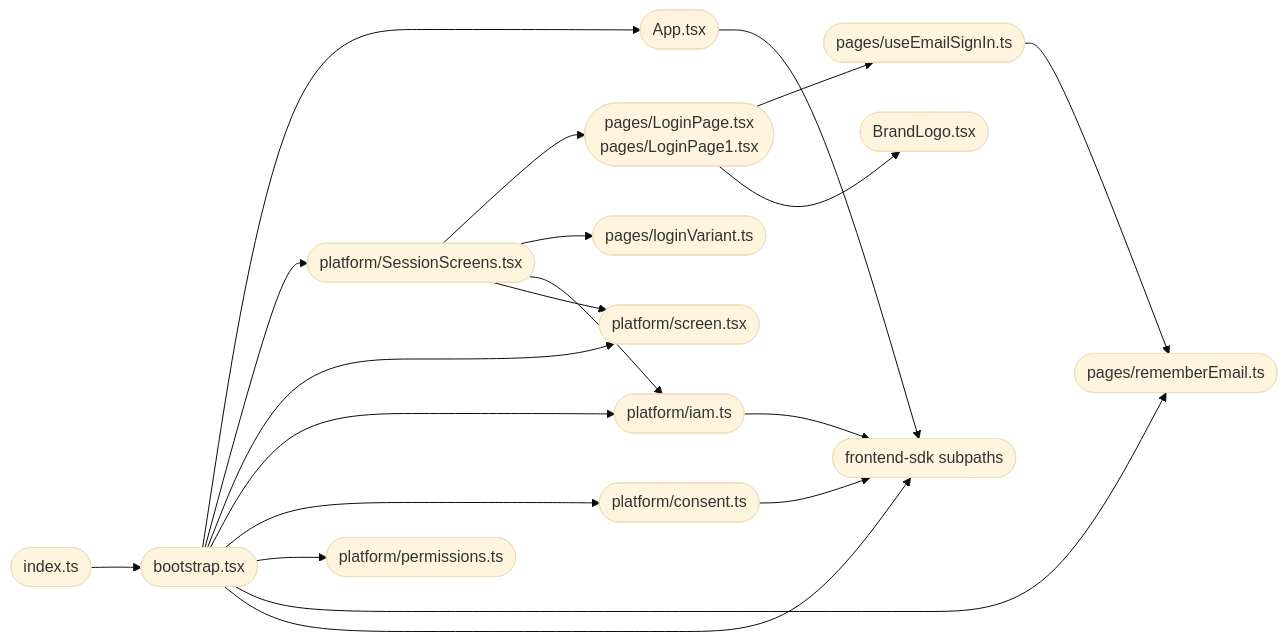
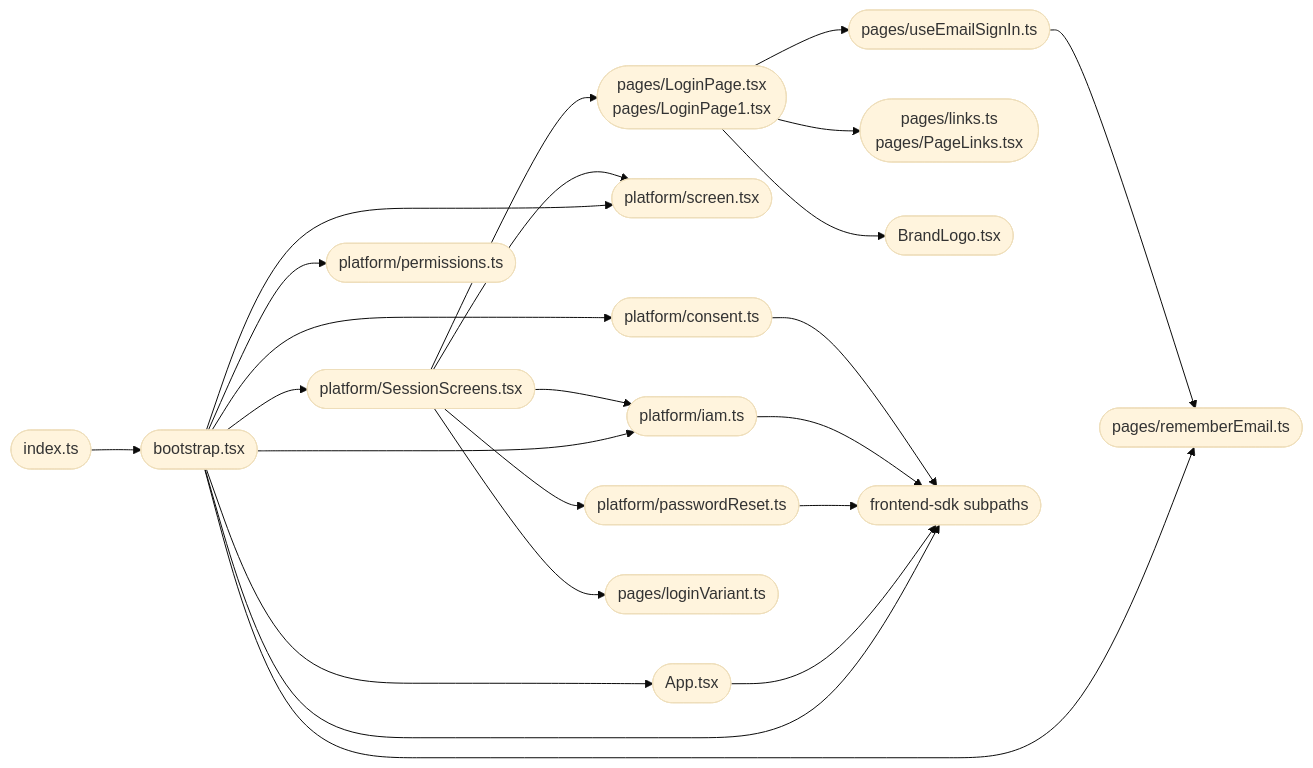
The diagram in docs/architecture/mermaid/package-dependencies.mmd (BCBP-SOLUTIONS-FZC-LLC/web-shell), drawn with Mermaid (base theme) before and after one commit. The commit also changed 50 other files, not shown here.

```diff
--- a/docs/architecture/mermaid/package-dependencies.mmd
+++ b/docs/architecture/mermaid/package-dependencies.mmd
@@ -1,35 +1,40 @@
 graph LR
     index(["index.ts"])
     boot(["bootstrap.tsx"])
     app(["App.tsx"])
     screens(["platform/SessionScreens.tsx"])
     screen(["platform/screen.tsx"])
     iam(["platform/iam.ts"])
     consent(["platform/consent.ts"])
     perms(["platform/permissions.ts"])
     login(["pages/LoginPage.tsx\npages/LoginPage1.tsx"])
     hook(["pages/useEmailSignIn.ts"])
     remember(["pages/rememberEmail.ts"])
     variant(["pages/loginVariant.ts"])
+    links(["pages/links.ts\npages/PageLinks.tsx"])
+    reset(["platform/passwordReset.ts"])
     logo(["BrandLogo.tsx"])
     sdk(["frontend-sdk subpaths"])
 
     index --> boot
     boot --> app
     boot --> screens
     boot --> screen
     boot --> iam
     boot --> consent
     boot --> perms
     boot --> remember
     boot --> sdk
     app --> sdk
     screens --> login
     screens --> variant
     screens --> iam
     screens --> screen
+    screens --> reset
+    reset --> sdk
     login --> hook
     login --> logo
+    login --> links
     hook --> remember
     iam --> sdk
     consent --> sdk
```
